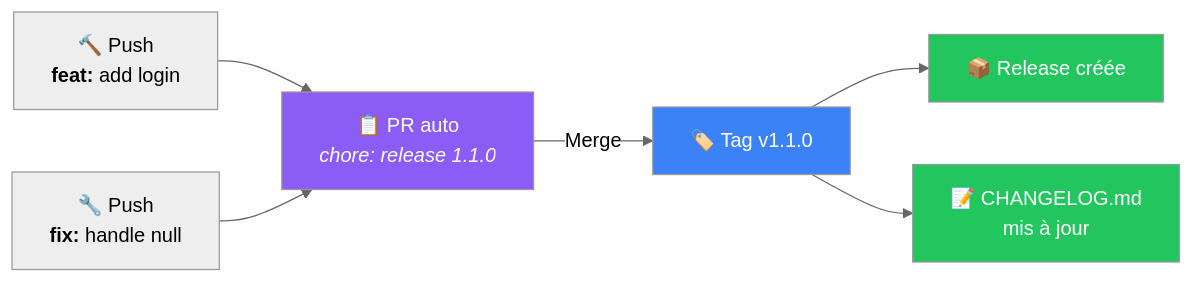
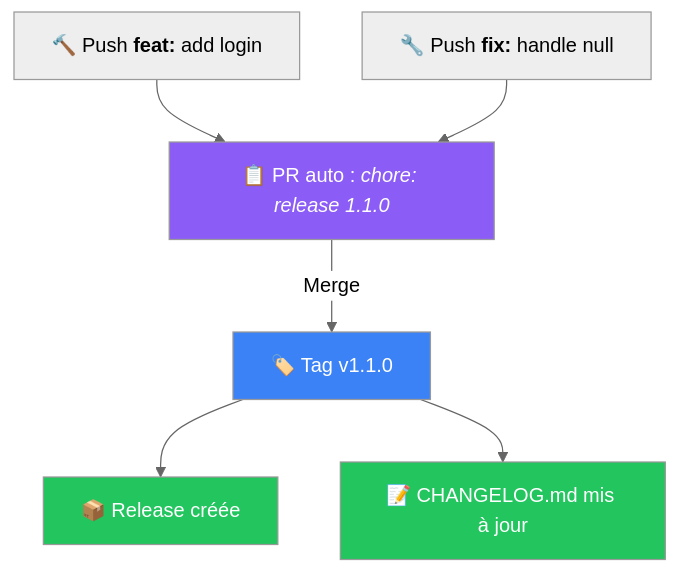
The eighth of 8 diagrams in slides/jour4-branches-versions.md (Foreach-Academy-France/formation-initialisation-ci), drawn with Mermaid (neutral theme) before and after one commit.

Commit message:
fix(slides): switch release-please diagram to vertical layout for better readability

```diff
--- a/slides/jour4-branches-versions.md
+++ b/slides/jour4-branches-versions.md
@@ -804,12 +804,12 @@
 <div class="mermaid">
-flowchart LR
-    P1["🔨 Push<br/><b>feat:</b> add login"] --> PR["📋 PR auto<br/><i>chore: release 1.1.0</i>"]
-    P2["🔧 Push<br/><b>fix:</b> handle null"] --> PR
-    PR --> |"Merge"| T["🏷️ Tag v1.1.0"]
+flowchart TB
+    P1["🔨 Push <b>feat:</b> add login"] --> PR["📋 PR auto : <i>chore: release 1.1.0</i>"]
+    P2["🔧 Push <b>fix:</b> handle null"] --> PR
+    PR -->|Merge| T["🏷️ Tag v1.1.0"]
     T --> R["📦 Release créée"]
-    T --> C["📝 CHANGELOG.md<br/>mis à jour"]
+    T --> C["📝 CHANGELOG.md mis à jour"]
     style PR fill:#8b5cf6,color:#fff
     style T fill:#3b82f6,color:#fff
     style R fill:#22c55e,color:#fff
     style C fill:#22c55e,color:#fff
 </div>
```
